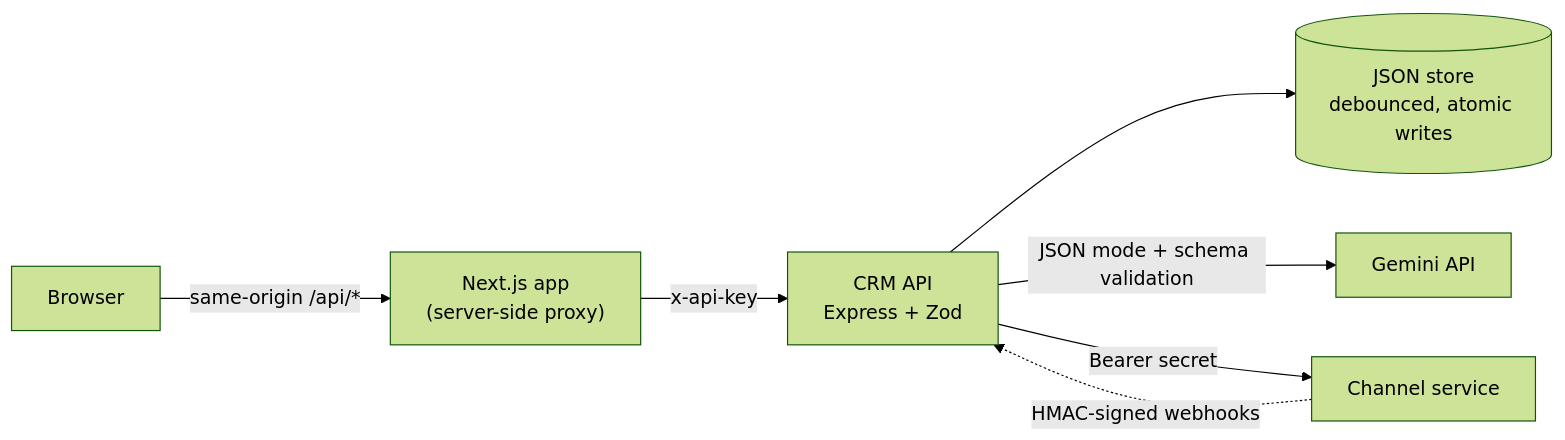
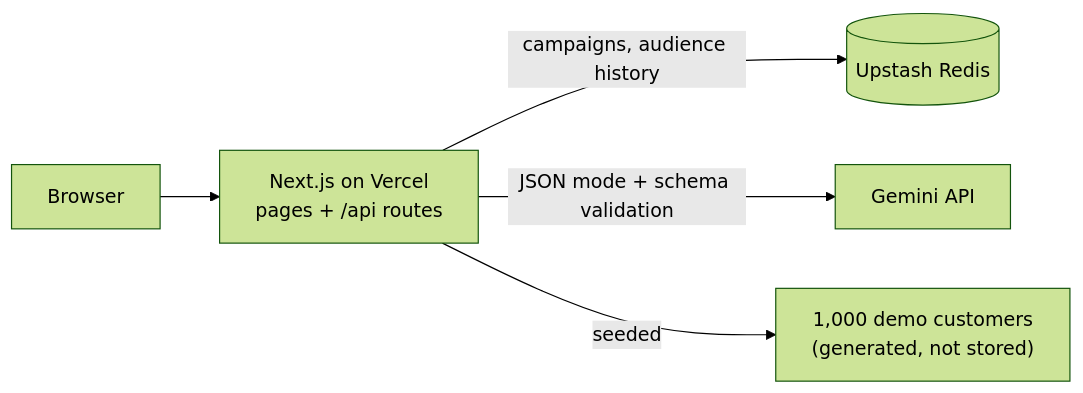
One commit to Dhruvaryan-10/xeno changed the diagram in README.md. Above: the diagram before and after it, drawn with Mermaid (forest theme). The commit also changed other lines of this file and 37 other files, not shown here.

````diff
--- a/README.md
+++ b/README.md
@@ -28,9 +28,7 @@
 ```mermaid
 flowchart LR
-  Browser -->|same-origin /api/*| Web["Next.js app<br/>(server-side proxy)"]
-  Web -->|x-api-key| CRM["CRM API<br/>Express + Zod"]
-  CRM --> Store[("JSON store<br/>debounced, atomic writes")]
-  CRM -->|JSON mode + schema validation| Gemini["Gemini API"]
-  CRM -->|Bearer secret| Channel["Channel service"]
-  Channel -. HMAC-signed webhooks .-> CRM
+  Browser --> Next["Next.js on Vercel<br/>pages + /api routes"]
+  Next -->|campaigns, audience history| Redis[("Upstash Redis")]
+  Next -->|JSON mode + schema validation| Gemini["Gemini API"]
+  Next -->|seeded| Customers["1,000 demo customers<br/>(generated, not stored)"]
 ```
````
